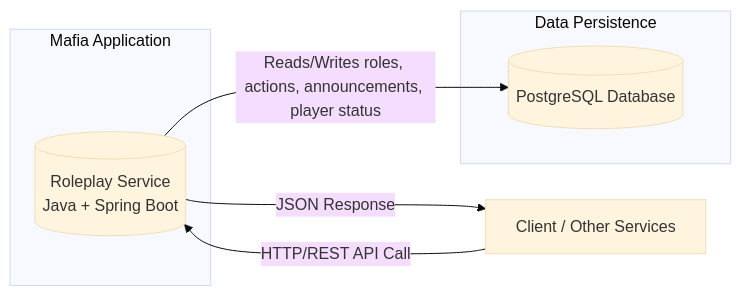
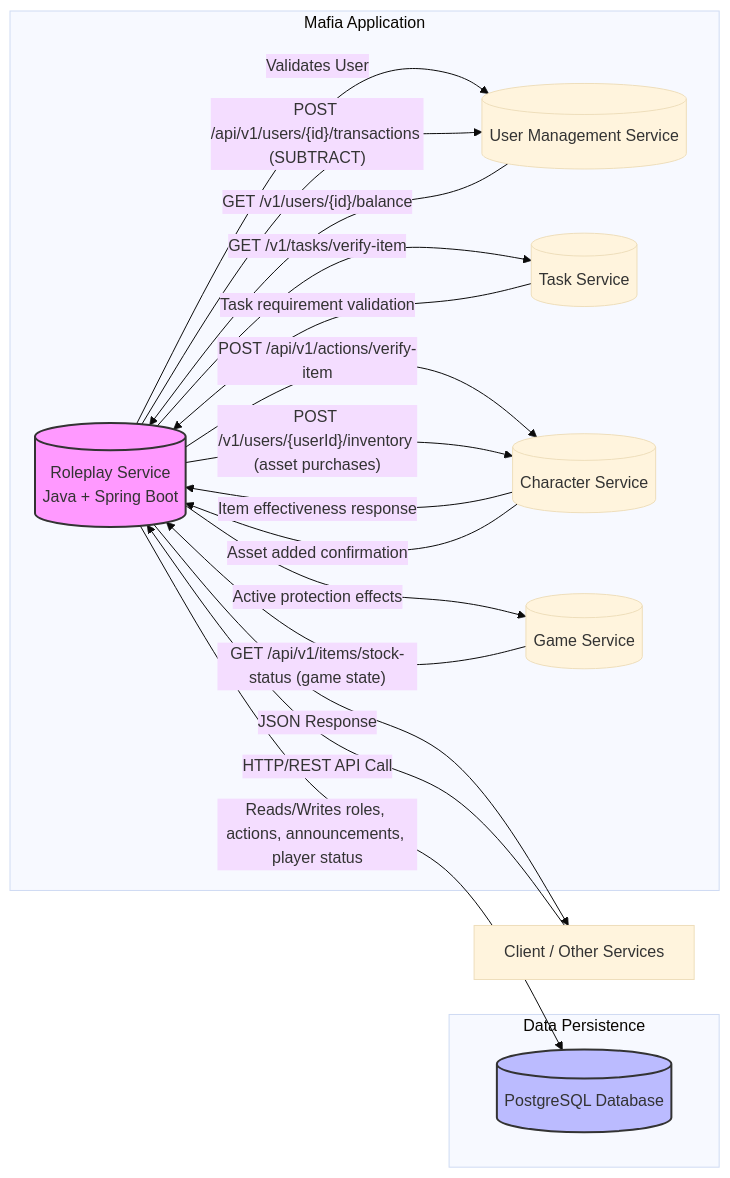
One commit to Flexksx/distributed_mafia_platform changed the seventh of 8 diagrams in README.md. Above: the diagram before and after it, drawn with Mermaid (base theme). The commit also changed other lines of this file, not shown here.

````diff
--- a/README.md
+++ b/README.md
@@ -2850,18 +2534,35 @@
 ```mermaid
 flowchart LR
     subgraph MafiaApplication["Mafia Application"]
         RS[("Roleplay Service
         Java + Spring Boot")]
+        UMS[("User Management Service")]
+        TS[("Task Service")]
+        CS[("Character Service")]
+        GS[("Game Service")]
     end
 
     subgraph DataPersistence["Data Persistence"]
         DB[(PostgreSQL Database)]
     end
 
     Client["Client / Other Services"]
 
     Client -- "HTTP/REST API Call" --> RS
     RS -- "JSON Response" --> Client
+    RS -- "Validates User" --> UMS
     RS -- "Reads/Writes roles, actions, announcements, player status" --> DB
+    RS -- "POST /api/v1/users/{id}/transactions (SUBTRACT)" --> UMS
+    UMS -- "GET /v1/users/{id}/balance" --> RS
+    RS -- "POST /api/v1/actions/verify-item" --> CS
+    CS -- "Item effectiveness response" --> RS
+    RS -- "GET /v1/tasks/verify-item" --> TS
+    TS -- "Task requirement validation" --> RS
+    RS -- "POST /v1/users/{userId}/inventory (asset purchases)" --> CS
+    CS -- "Asset added confirmation" --> RS
+    GS -- "GET /api/v1/items/stock-status (game state)" --> RS
+    RS -- "Active protection effects" --> GS
 
+    style RS fill:#f9f,stroke:#333,stroke-width:2px
+    style DB fill:#bbf,stroke:#333,stroke-width:2px
 ```
````
